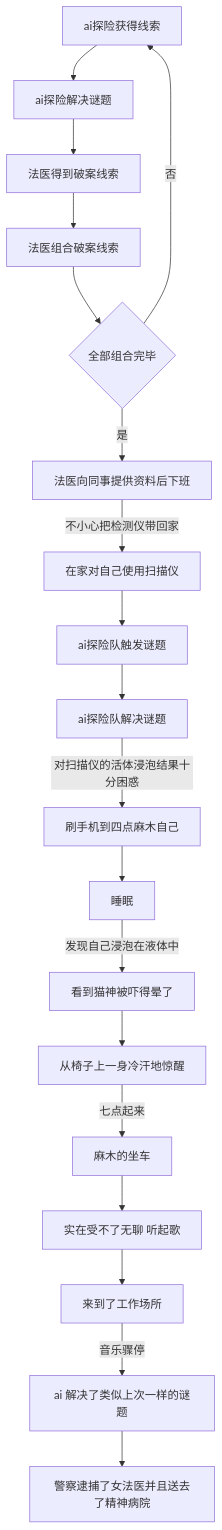
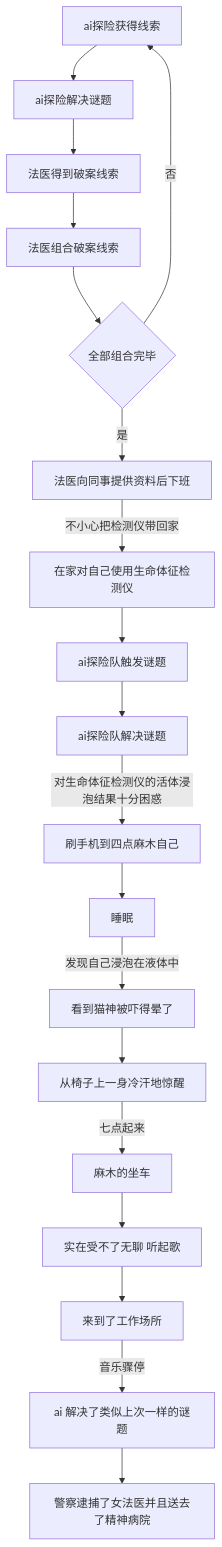
One commit to chichinohaha/nekogami changed the first of 5 diagrams in readme.md. Above: the diagram before and after it, drawn with Mermaid. The commit also changed other lines of this file and 7 other files, not shown here.

````diff
--- a/readme.md
+++ b/readme.md
@@ -153,23 +159,23 @@
 ```mermaid
 graph TD;
 
 ai[ai探险获得线索]-->ai2[ai探险解决谜题];
 ai2-->fy[法医得到破案线索];
 fy[法医得到破案线索]-->fy2[法医组合破案线索];
 fy2-->fin{全部组合完毕};
 fin-->|否|ai;
 fin-->|是|fyFin[法医向同事提供资料后下班];
-fyFin-->|不小心把检测仪带回家|home[在家对自己使用扫描仪];
+fyFin-->|不小心把检测仪带回家|home[在家对自己使用生命体征检测仪];
 home-->aiHome[ai探险队触发谜题];
 aiHome-->aiHome2[ai探险队解决谜题];
-aiHome2-->|对扫描仪的活体浸泡结果十分困惑|phone[刷手机到四点麻木自己];
+aiHome2-->|对生命体征检测仪的活体浸泡结果十分困惑|phone[刷手机到四点麻木自己];
 phone-->sleep[睡眠]; 
 sleep-->|发现自己浸泡在液体中|sleep2[看到猫神被吓得晕了];
 sleep2-->wake[从椅子上一身冷汗地惊醒];
 wake-->|七点起来|car[麻木的坐车];
 car-->music[实在受不了无聊 听起歌];
 music-->work[来到了工作场所];
 work-->|音乐骤停|aiwork[ai 解决了类似上次一样的谜题];
 aiwork-->catch[警察逮捕了女法医并且送去了精神病院];
 
 ```
````
